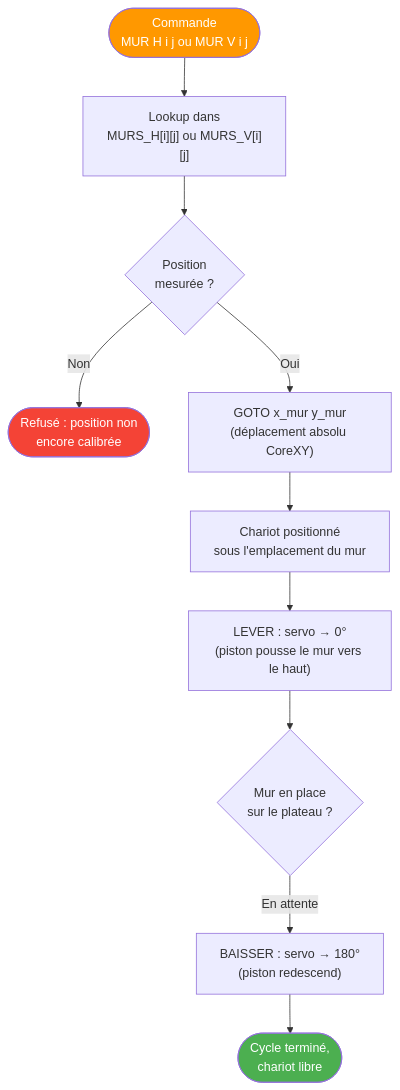
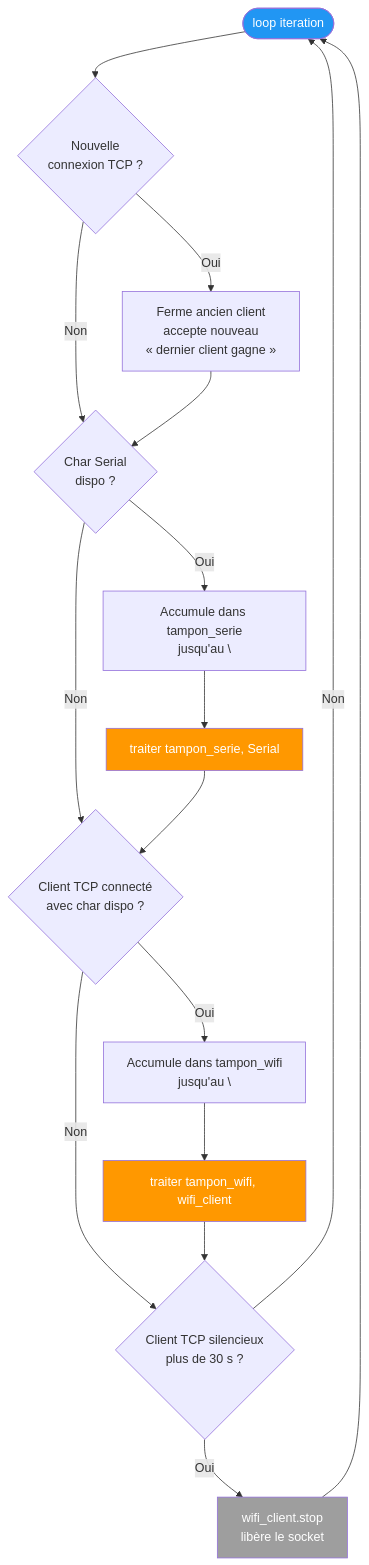
Before and after one commit to Silou1/Projet_mecatronique_I3: the third of 4 diagrams in docs/flowcharts/05_firmware_esp32.md, drawn with Mermaid. The commit also changed other lines of this file and 20 other files, not shown here.

````diff
--- a/docs/flowcharts/05_firmware_esp32.md
+++ b/docs/flowcharts/05_firmware_esp32.md
@@ -170,18 +94,30 @@
 ```mermaid
 flowchart TD
-    WALL_REQ(["Commande<br/>MUR H i j  ou  MUR V i j"]) --> LOOKUP["Lookup dans<br/>MURS_H[i][j] ou MURS_V[i][j]"]
+    LOOP([loop iteration]) --> NEW{Nouvelle<br/>connexion TCP ?}
+    NEW -->|Oui| ACCEPT[Ferme ancien client<br/>accepte nouveau<br/>« dernier client gagne »]
+    NEW -->|Non| SERIAL
 
-    LOOKUP --> CHECK{"Position<br/>mesurée ?"}
-    CHECK -->|Non| ERR(["Refusé : position non<br/>encore calibrée"])
-    CHECK -->|Oui| MOVE["GOTO x_mur y_mur<br/>(déplacement absolu CoreXY)"]
+    ACCEPT --> SERIAL{Char Serial<br/>dispo ?}
+    SERIAL -->|Oui| READ_S[Accumule dans tampon_serie<br/>jusqu'au \\n]
+    SERIAL -->|Non| WIFI
 
-    MOVE --> ARRIVED["Chariot positionné<br/>sous l'emplacement du mur"]
-    ARRIVED --> LIFT["LEVER : servo → 0°<br/>(piston pousse le mur vers le haut)"]
-    LIFT --> WAIT_USER{"Mur en place<br/>sur le plateau ?"}
-    WAIT_USER -->|En attente| LOWER["BAISSER : servo → 180°<br/>(piston redescend)"]
-    LOWER --> DONE(["Cycle terminé,<br/>chariot libre"])
+    READ_S --> DISP_S[traiter tampon_serie, Serial]
+    DISP_S --> WIFI
 
-    style WALL_REQ fill:#FF9800,color:#fff
-    style DONE fill:#4CAF50,color:#fff
-    style ERR fill:#f44336,color:#fff
+    WIFI{Client TCP connecté<br/>avec char dispo ?}
+    WIFI -->|Oui| READ_W[Accumule dans tampon_wifi<br/>jusqu'au \\n]
+    WIFI -->|Non| WD
+
+    READ_W --> DISP_W[traiter tampon_wifi, wifi_client]
+    DISP_W --> WD
+
+    WD{Client TCP silencieux<br/>plus de 30 s ?}
+    WD -->|Oui| KILL[wifi_client.stop<br/>libère le socket]
+    WD -->|Non| LOOP
+    KILL --> LOOP
+
+    style LOOP fill:#2196F3,color:#fff
+    style DISP_S fill:#FF9800,color:#fff
+    style DISP_W fill:#FF9800,color:#fff
+    style KILL fill:#9E9E9E,color:#fff
 ```
````
